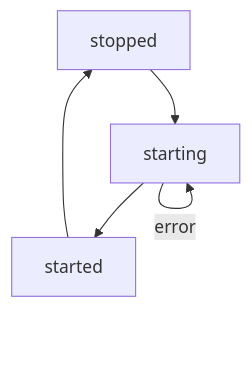
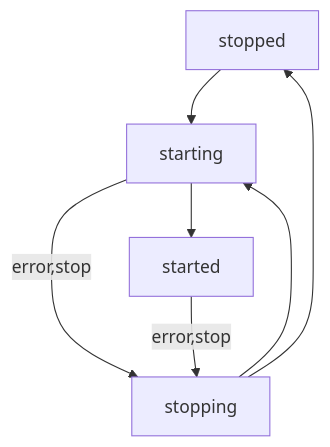
One commit to andrewbaxter/puteron changed the diagram in source/src/nodes.md. Above: the diagram before and after it, drawn with Mermaid. The commit also changed other lines of this file and 9 other files, not shown here.

````diff
--- a/source/src/nodes.md
+++ b/source/src/nodes.md
@@ -22,7 +19,11 @@
 ```mermaid
 flowchart TD
     stopped --> starting
+    
     starting --> started
-    starting -->|error| starting
-    started --> stopped
+    starting -->|error,stop| stopping
+    started -->|error,stop| stopping
+    stopping --> starting
+
+    stopping --> stopped
 ```
````
